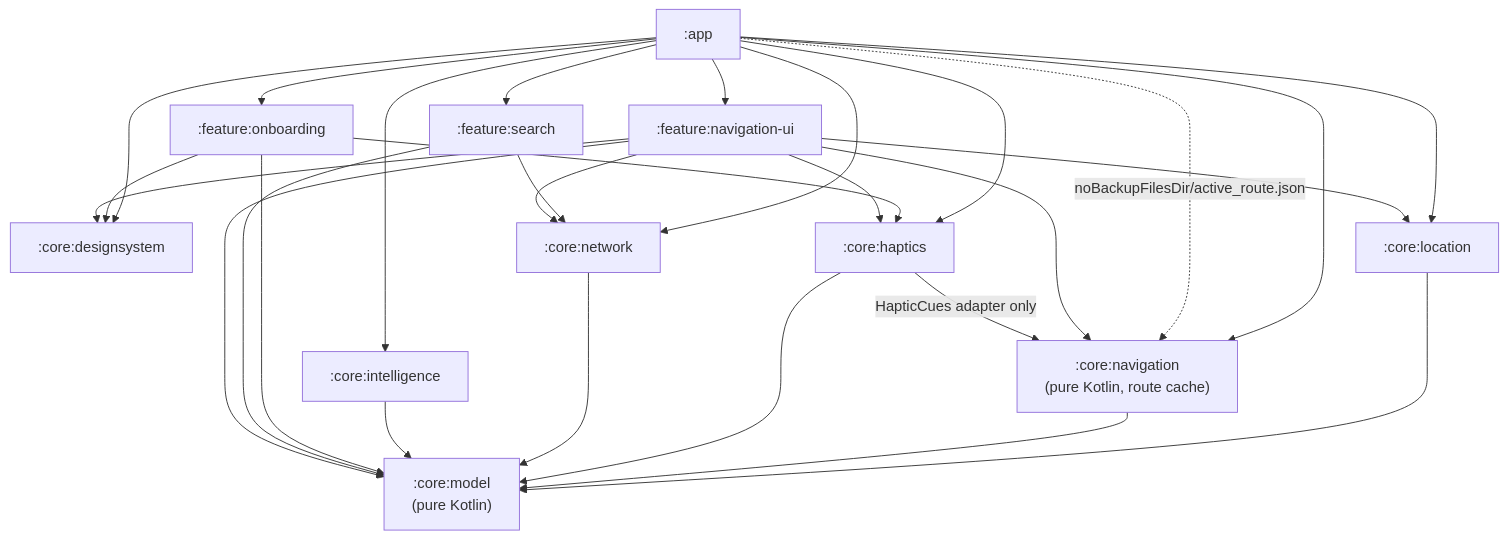
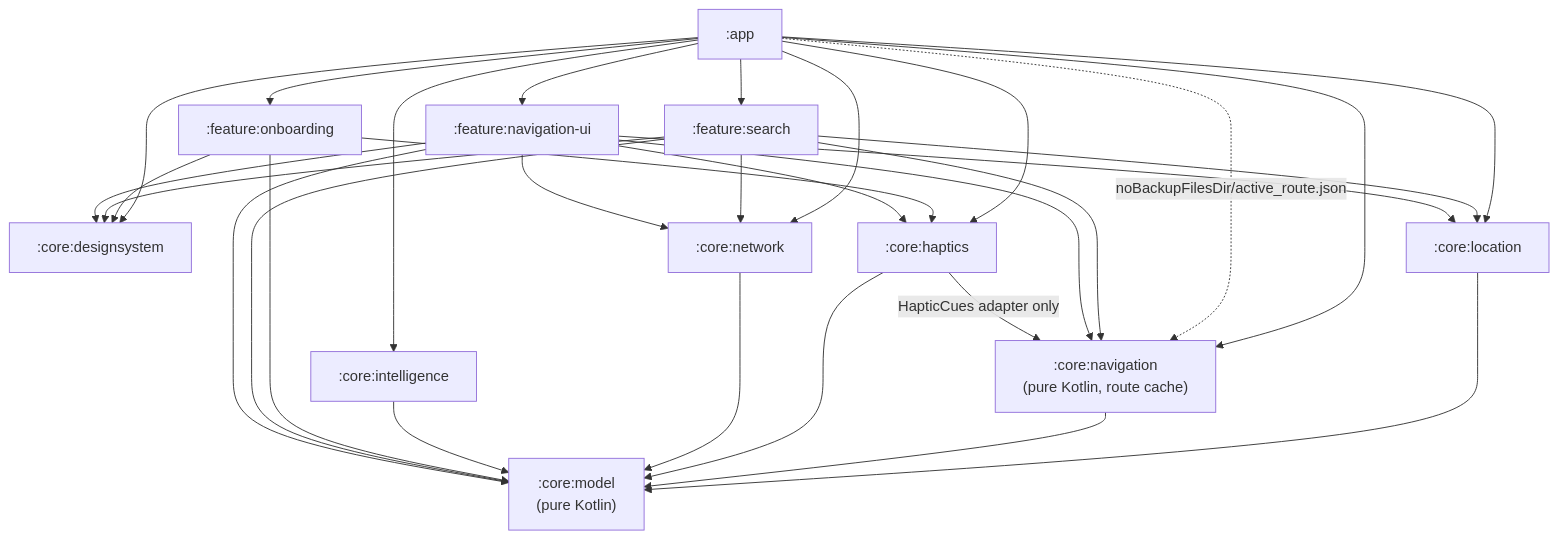
Before and after one commit to Xander-JS/haptiMap_watch: the first of 11 diagrams in ARCHITECTURE.md, drawn with Mermaid. The commit also changed other lines of this file and 26 other files, not shown here.

````diff
--- a/ARCHITECTURE.md
+++ b/ARCHITECTURE.md
@@ -22,24 +22,24 @@
 ```mermaid
 graph TD
     app[":app"]
     onboarding[":feature:onboarding"]
     search[":feature:search"]
     navui[":feature:navigation-ui"]
     ds[":core:designsystem"]
     location[":core:location"]
     navigation[":core:navigation<br/>(pure Kotlin, route cache)"]
     haptics[":core:haptics"]
     network[":core:network"]
     intelligence[":core:intelligence"]
     model[":core:model<br/>(pure Kotlin)"]
 
     app --> onboarding & search & navui & ds
     app --> location & navigation & haptics & network & intelligence
     app -.->|"noBackupFilesDir/active_route.json"| navigation
     onboarding --> ds & haptics
-    search --> network
+    search --> network & navigation & location & ds
     navui --> navigation & haptics & network & location & ds
     location & navigation & haptics & network & intelligence --> model
     haptics -->|"HapticCues adapter only"| navigation
     onboarding & search & navui --> model
 ```
````
